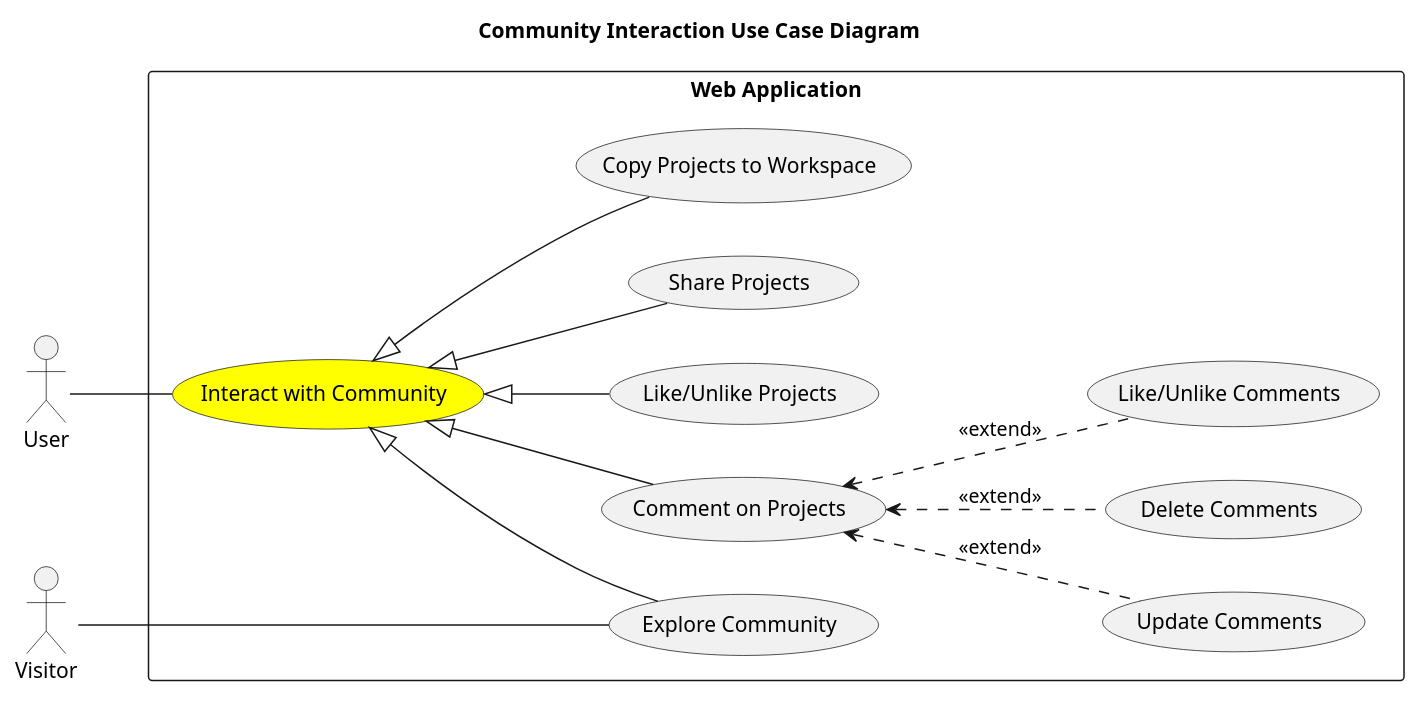
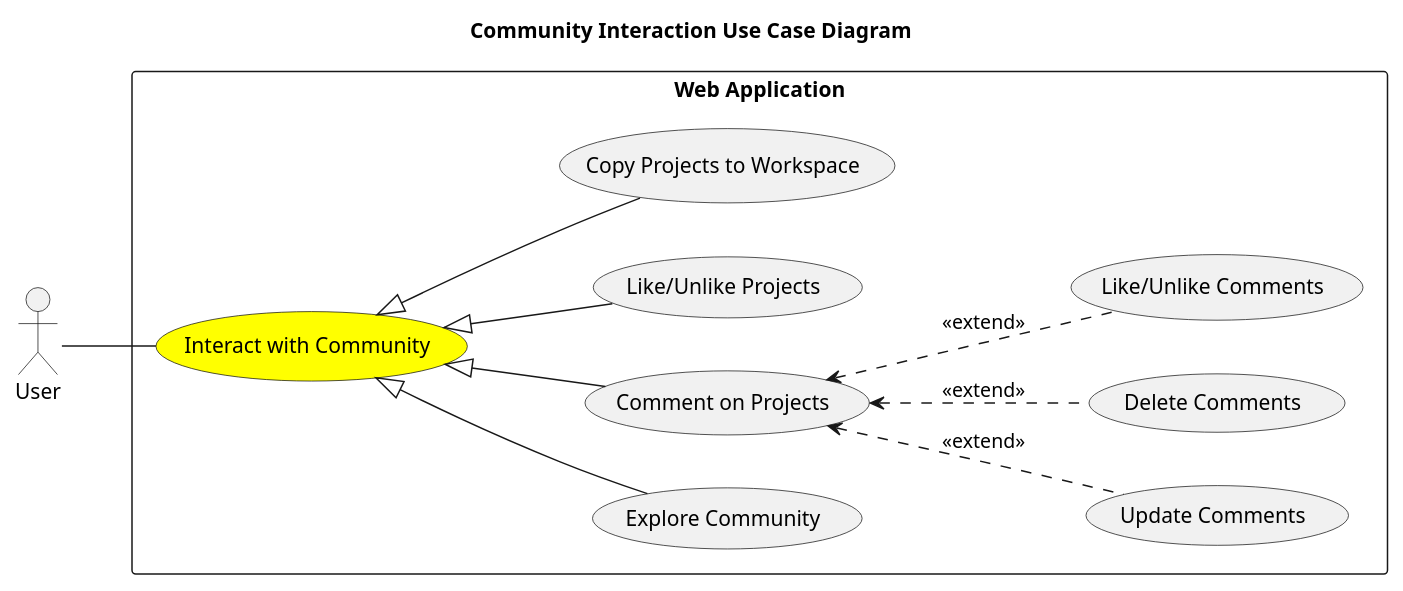
One commit to souhaib-askri/report_pfe changed the diagram in conception/SprintV/use_case_diagrams/refined_use_case_feature_community_interaction.puml. Above: the diagram before and after it, drawn with PlantUML. The commit also changed 22 other files, not shown here.

Commit message:
report: correct diagrams ,delete visitor

```diff
--- a/conception/SprintV/use_case_diagrams/refined_use_case_feature_community_interaction.puml
+++ b/conception/SprintV/use_case_diagrams/refined_use_case_feature_community_interaction.puml
@@ -1,34 +1,32 @@
 @startuml
 title Community Interaction Use Case Diagram
 
 left to right direction
 
 actor User
-actor Visitor
+
 
 rectangle "Web Application" {
   usecase "Interact with Community" as Community#Yellow
   usecase "Explore Community" as Explore
   usecase "Comment on Projects" as Comment
   usecase "Like/Unlike Projects" as LikeProject
-  usecase "Share Projects" as Share
   usecase "Update Comments" as UpdateComment
   usecase "Delete Comments" as DeleteComment
   usecase "Like/Unlike Comments" as LikeComment
   usecase "Copy Projects to Workspace" as CopyProject
 }
 
 
 User -- Community
 Community <|-- Explore
-Visitor --- Explore
 Community <|-- Comment
 Community <|-- LikeProject
-Community <|-- Share
+
 Community <|-- CopyProject
 
 Comment <.. LikeComment : <<extend>>
 Comment <.. UpdateComment : <<extend>>
 Comment <.. DeleteComment : <<extend>>
 
 @enduml
```
